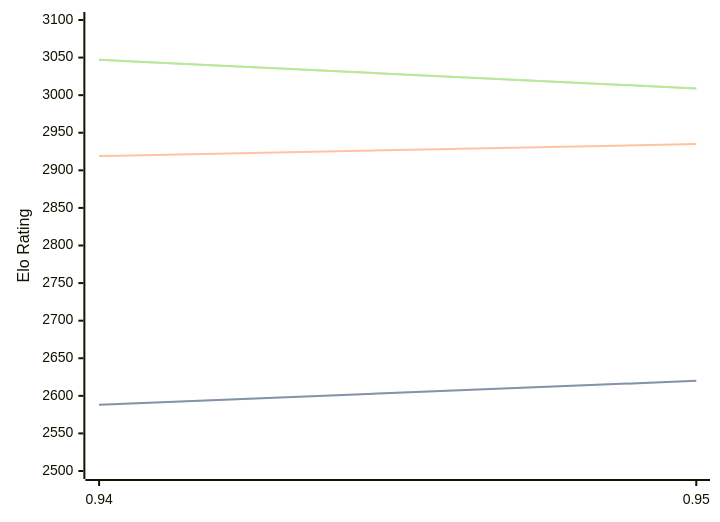
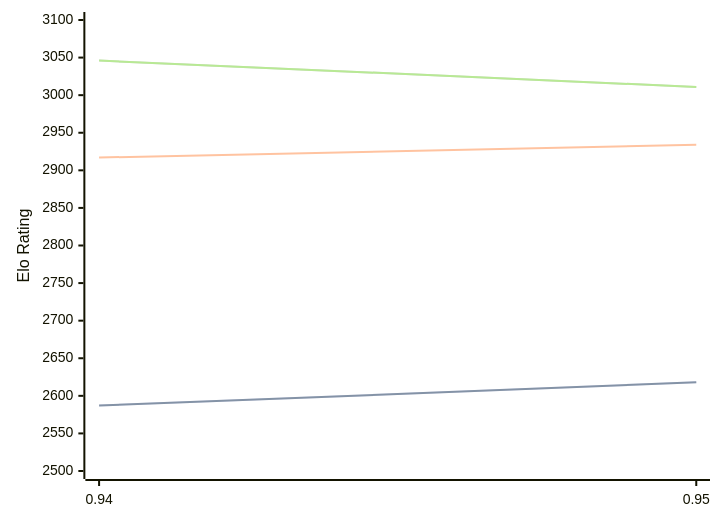
The diagram in engines/Myrddin.md (computer-chess-index/cci), drawn with Mermaid before and after one commit. The commit also changed other lines of this file, not shown here.

Commit message:
Update CCI Ratings (ELO VLTC) - 2026-06-07

````diff
--- a/engines/Myrddin.md
+++ b/engines/Myrddin.md
@@ -37,11 +37,11 @@
 ```mermaid
 %%{init: {"theme":"base","themeVariables":{"seriesColors:['#a3a3a3','#222221','#faa371']}}}%%
 xychart-beta
   x-axis ["0.94", "0.95"]
   y-axis "Elo Rating" 2500 --> 3100
-  line "STC (8.0+0.08s)" [2588, 2620]
-  line "STC (8.0+0.08s)" [2588, 2620]
-  line "LTC (60.0+0.60s)" [2919, 2935]
-  line "VLTC (2m24s+1.12s)" [3047, 3009]
-  line "VLTC (2m24s+1.12s)" [3047, 3009]
+  line "STC (8.0+0.08s)" [2587, 2618]
+  line "STC (8.0+0.08s)" [2587, 2618]
+  line "LTC (60.0+0.60s)" [2917, 2934]
+  line "VLTC (2m24s+1.12s)" [3046, 3011]
+  line "VLTC (2m24s+1.12s)" [3046, 3011]
 ```
````
